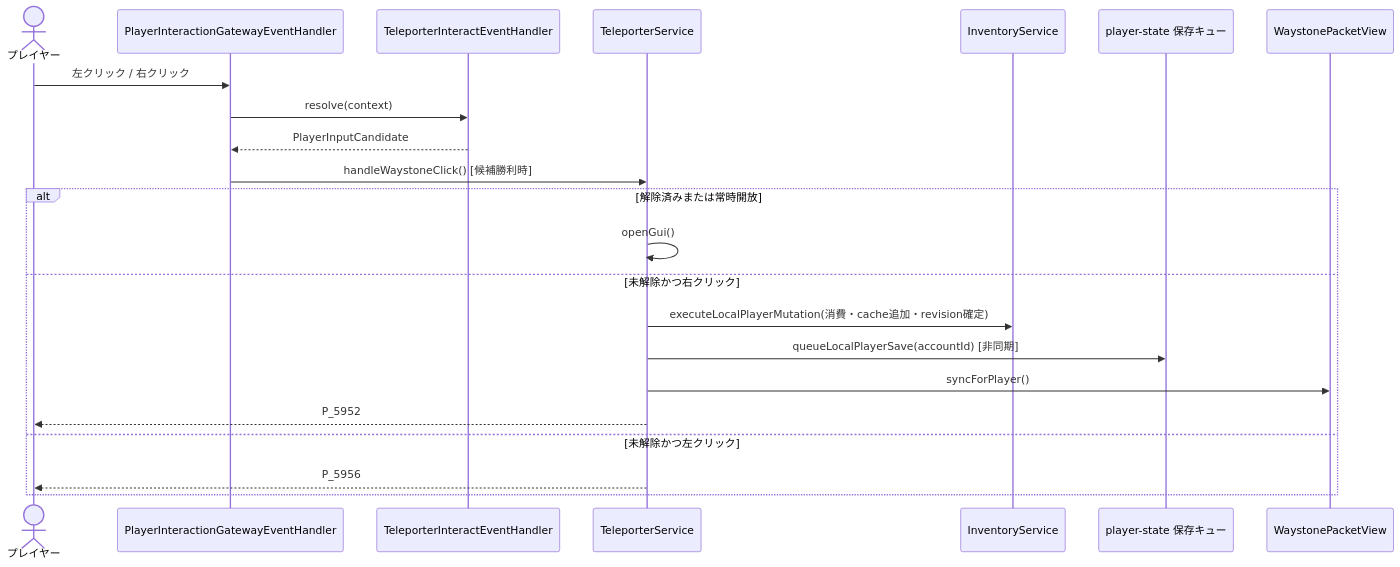
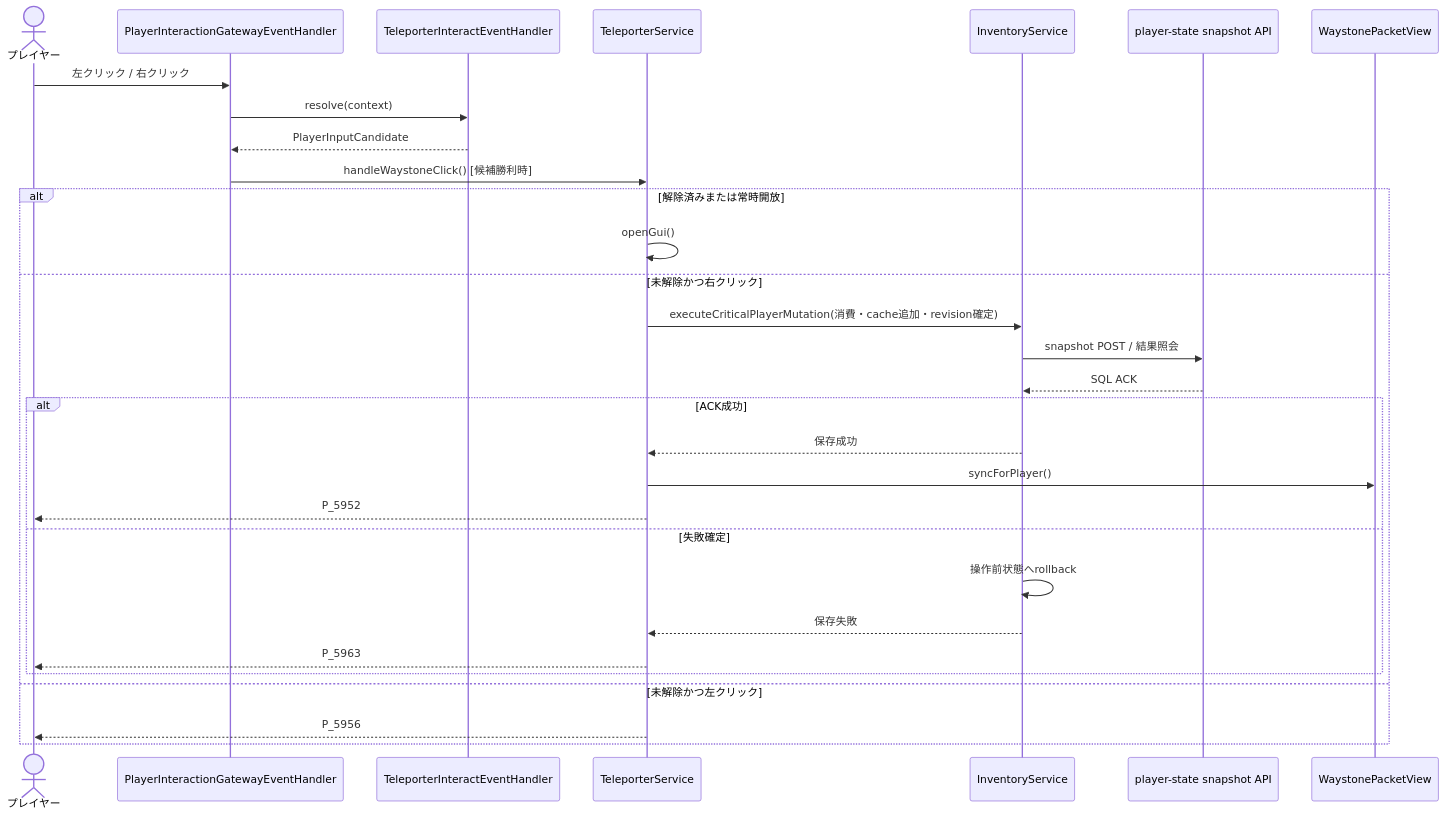
One commit to maaasu/AstralRecord-Workspace changed the third of 5 diagrams in 00_docs/10_Plugin設計書/feature/25-teleporter/25_4-統合フロー.md. Above: the diagram before and after it, drawn with Mermaid. The commit also changed other lines of this file and 213 other files, not shown here.

````diff
--- a/00_docs/10_Plugin設計書/feature/25-teleporter/25_4-統合フロー.md
+++ b/00_docs/10_Plugin設計書/feature/25-teleporter/25_4-統合フロー.md
@@ -68,24 +68,32 @@
 ```mermaid
 sequenceDiagram
     actor Player as プレイヤー
     participant Gateway as PlayerInteractionGatewayEventHandler
     participant Resolver as TeleporterInteractEventHandler
     participant Service as TeleporterService
     participant Inventory as InventoryService
-    participant Save as player-state 保存キュー
+    participant Save as player-state snapshot API
     participant View as WaystonePacketView
     Player->>Gateway: 左クリック / 右クリック
     Gateway->>Resolver: resolve(context)
     Resolver-->>Gateway: PlayerInputCandidate
     Gateway->>Service: handleWaystoneClick() [候補勝利時]
     alt 解除済みまたは常時開放
         Service->>Service: openGui()
     else 未解除かつ右クリック
-        Service->>Inventory: executeLocalPlayerMutation(消費・cache追加・revision確定)
-        Service->>Save: queueLocalPlayerSave(accountId) [非同期]
-        Service->>View: syncForPlayer()
-        Service-->>Player: P_5952
+        Service->>Inventory: executeCriticalPlayerMutation(消費・cache追加・revision確定)
+        Inventory->>Save: snapshot POST / 結果照会
+        Save-->>Inventory: SQL ACK
+        alt ACK成功
+            Inventory-->>Service: 保存成功
+            Service->>View: syncForPlayer()
+            Service-->>Player: P_5952
+        else 失敗確定
+            Inventory->>Inventory: 操作前状態へrollback
+            Inventory-->>Service: 保存失敗
+            Service-->>Player: P_5963
+        end
     else 未解除かつ左クリック
         Service-->>Player: P_5956
     end
 ```
````
